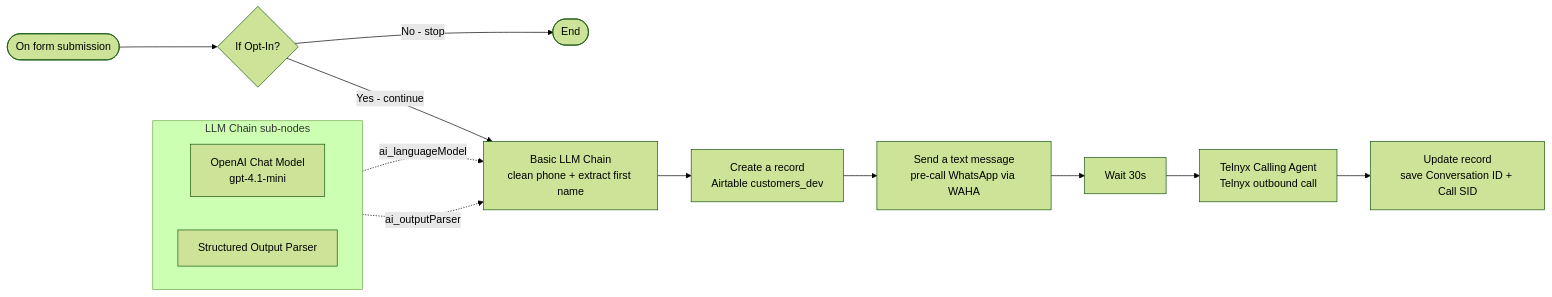
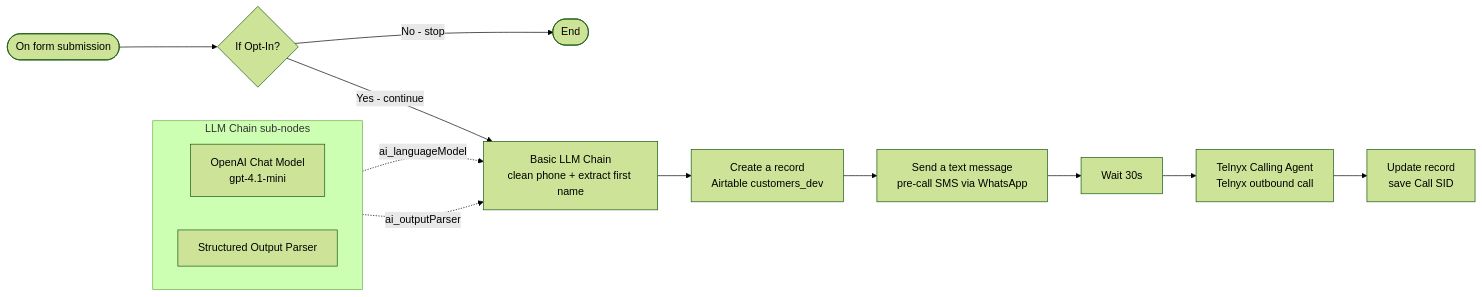
One commit to kameni-immo/kameni-n8n-automation changed the first of 2 diagrams in docs/phone-call-flow.md. Above: the diagram before and after it, drawn with Mermaid (forest theme). The commit also changed other lines of this file, not shown here.

Commit message:
Update phone-call-flow.md: replace ElevenLabs with Telnyx

````diff
--- a/docs/phone-call-flow.md
+++ b/docs/phone-call-flow.md
@@ -58,19 +56,19 @@
 ```mermaid
 flowchart LR
     FRM(["On form submission"]) --> OPT{"If Opt-In?"}
     OPT -->|"No - stop"| STOP(["End"])
     OPT -->|"Yes - continue"| LLM["Basic LLM Chain<br/>clean phone + extract first name"]
     LLM --> CRE["Create a record<br/>Airtable customers_dev"]
-    CRE --> SMS["Send a text message<br/>pre-call WhatsApp via WAHA"]
+    CRE --> SMS["Send a text message<br/>pre-call SMS via WhatsApp"]
     SMS --> WT["Wait 30s"]
-    WT --> TEL["Telnyx Calling Agent<br/>Telnyx outbound call"]
-    TEL --> UPD["Update record<br/>save Conversation ID + Call SID"]
+    WT --> EL["Telnyx Calling Agent<br/>Telnyx outbound call"]
+    EL --> UPD["Update record<br/>save Call SID"]
 
     subgraph ai1 ["LLM Chain sub-nodes"]
         direction LR
         OAI["OpenAI Chat Model<br/>gpt-4.1-mini"]
         SOP["Structured Output Parser"]
     end
     OAI -.->|"ai_languageModel"| LLM
     SOP -.->|"ai_outputParser"| LLM
 ```
````
